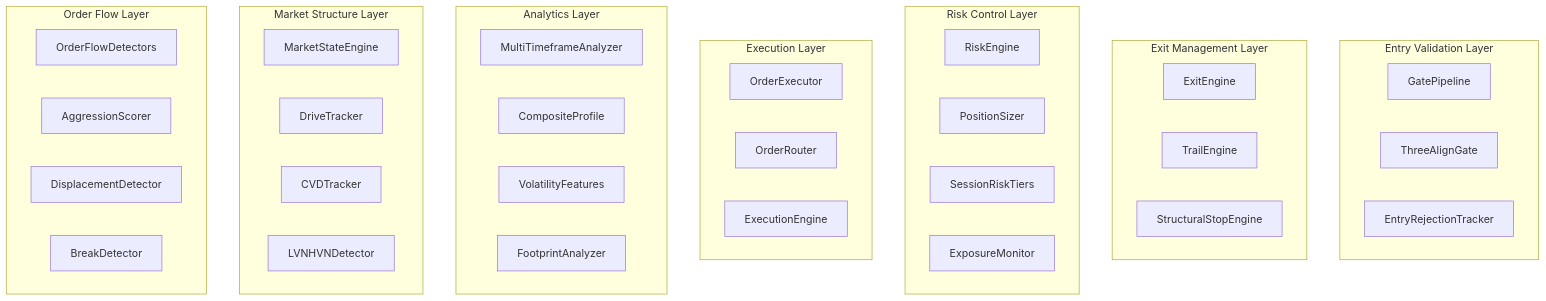
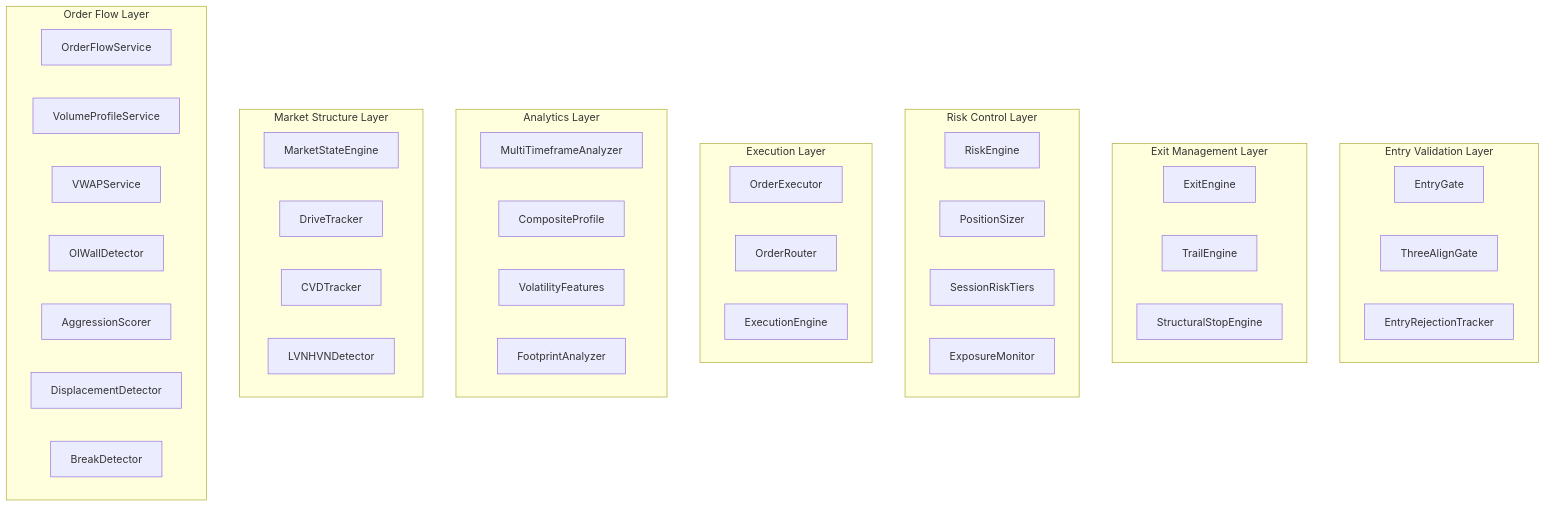
The first of 12 diagrams in .qoder/repowiki/en/content/Backend Application/Domain Services/Domain Services.md (gemrajkhatry-maker/v5-of-glassytrade-ai), drawn with Mermaid before and after one commit. The commit also changed other lines of this file and 219 other files, not shown here.

First line of the commit message:
refactor: major architecture improvements across backend, backendv2, brokers, and frontend

````diff
--- a/.qoder/repowiki/en/content/Backend Application/Domain Services/Domain Services.md
+++ b/.qoder/repowiki/en/content/Backend Application/Domain Services/Domain Services.md
@@ -126,42 +69,45 @@
 ```mermaid
 graph TB
 subgraph "Entry Validation Layer"
-GP["GatePipeline"]
+EG["EntryGate"]
 TAG["ThreeAlignGate"]
-ER["EntryRejectionTracker"]
+ERT["EntryRejectionTracker"]
 end
 subgraph "Exit Management Layer"
 EE["ExitEngine"]
 TE["TrailEngine"]
 SSE["StructuralStopEngine"]
 end
 subgraph "Risk Control Layer"
 RE["RiskEngine"]
 PS["PositionSizer"]
 SRT["SessionRiskTiers"]
 EM["ExposureMonitor"]
 end
 subgraph "Execution Layer"
 OE["OrderExecutor"]
 OR["OrderRouter"]
 EE2["ExecutionEngine"]
 end
 subgraph "Analytics Layer"
 MTF["MultiTimeframeAnalyzer"]
 CP["CompositeProfile"]
 VF["VolatilityFeatures"]
 FA["FootprintAnalyzer"]
 end
 subgraph "Market Structure Layer"
 MSE["MarketStateEngine"]
 DT["DriveTracker"]
 CVD["CVDTracker"]
 LVN["LVNHVNDetector"]
 end
 subgraph "Order Flow Layer"
-OD["OrderFlowDetectors"]
+OFS["OrderFlowService"]
+VPS["VolumeProfileService"]
+VW["VWAPService"]
+OWD["OIWallDetector"]
 AS["AggressionScorer"]
 DD["DisplacementDetector"]
 BD["BreakDetector"]
 end
 ```
````
